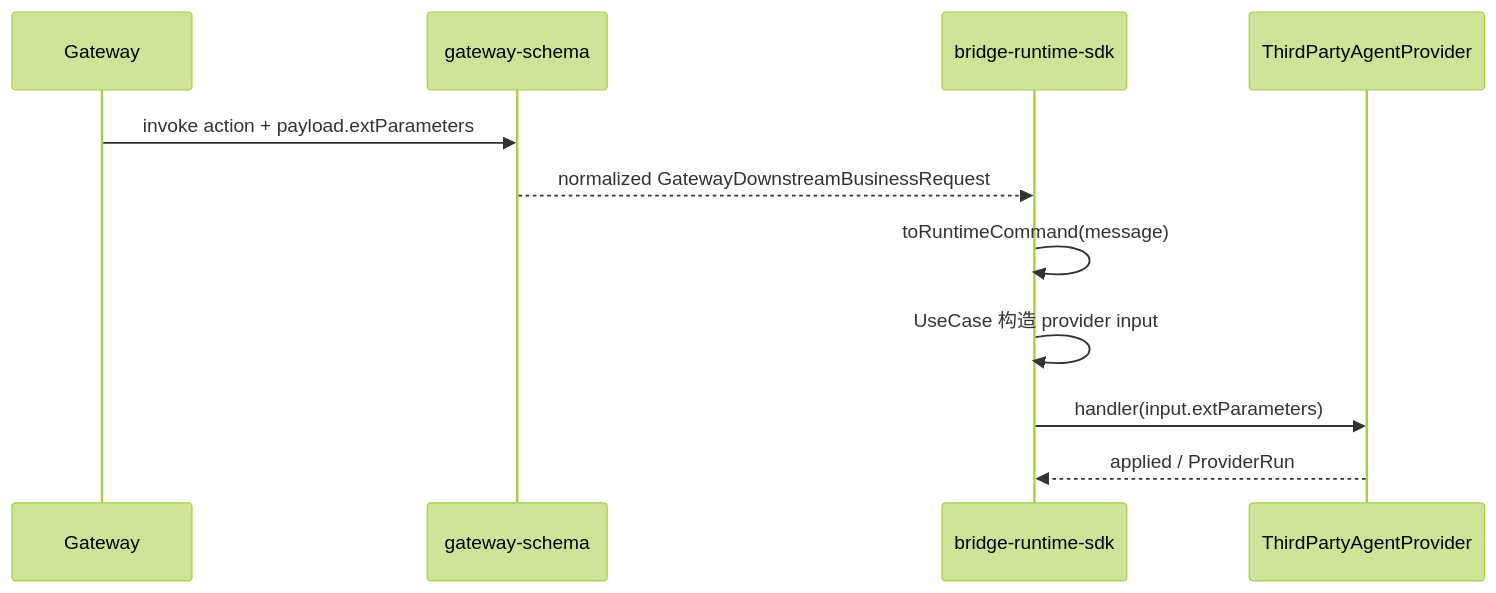
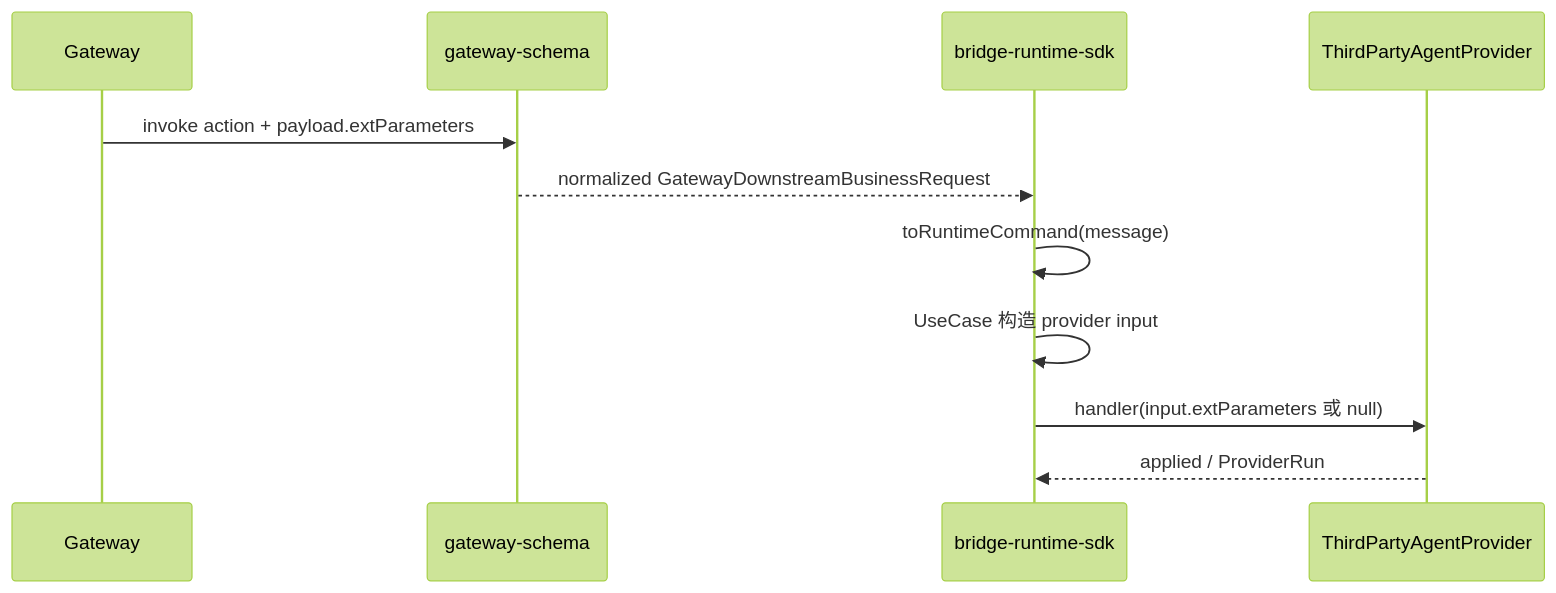
One commit to yuzhangCZ/agent-plugin changed the second of 3 diagrams in packages/bridge-runtime-sdk/docs/design/ext-parameters-bidirectional-pass-through.md. Above: the diagram before and after it, drawn with Mermaid (forest theme). The commit also changed other lines of this file, not shown here.

Commit message:
docs: refine extParameters contract analysis

````diff
--- a/packages/bridge-runtime-sdk/docs/design/ext-parameters-bidirectional-pass-through.md
+++ b/packages/bridge-runtime-sdk/docs/design/ext-parameters-bidirectional-pass-through.md
@@ -72,14 +144,14 @@
 ```mermaid
 sequenceDiagram
     participant Gateway as Gateway
     participant Schema as gateway-schema
     participant SDK as bridge-runtime-sdk
     participant Agent as ThirdPartyAgentProvider
 
     Gateway->>Schema: invoke action + payload.extParameters
     Schema-->>SDK: normalized GatewayDownstreamBusinessRequest
     SDK->>SDK: toRuntimeCommand(message)
     SDK->>SDK: UseCase 构造 provider input
-    SDK->>Agent: handler(input.extParameters)
+    SDK->>Agent: handler(input.extParameters 或 null)
     Agent-->>SDK: applied / ProviderRun
 ```
````
